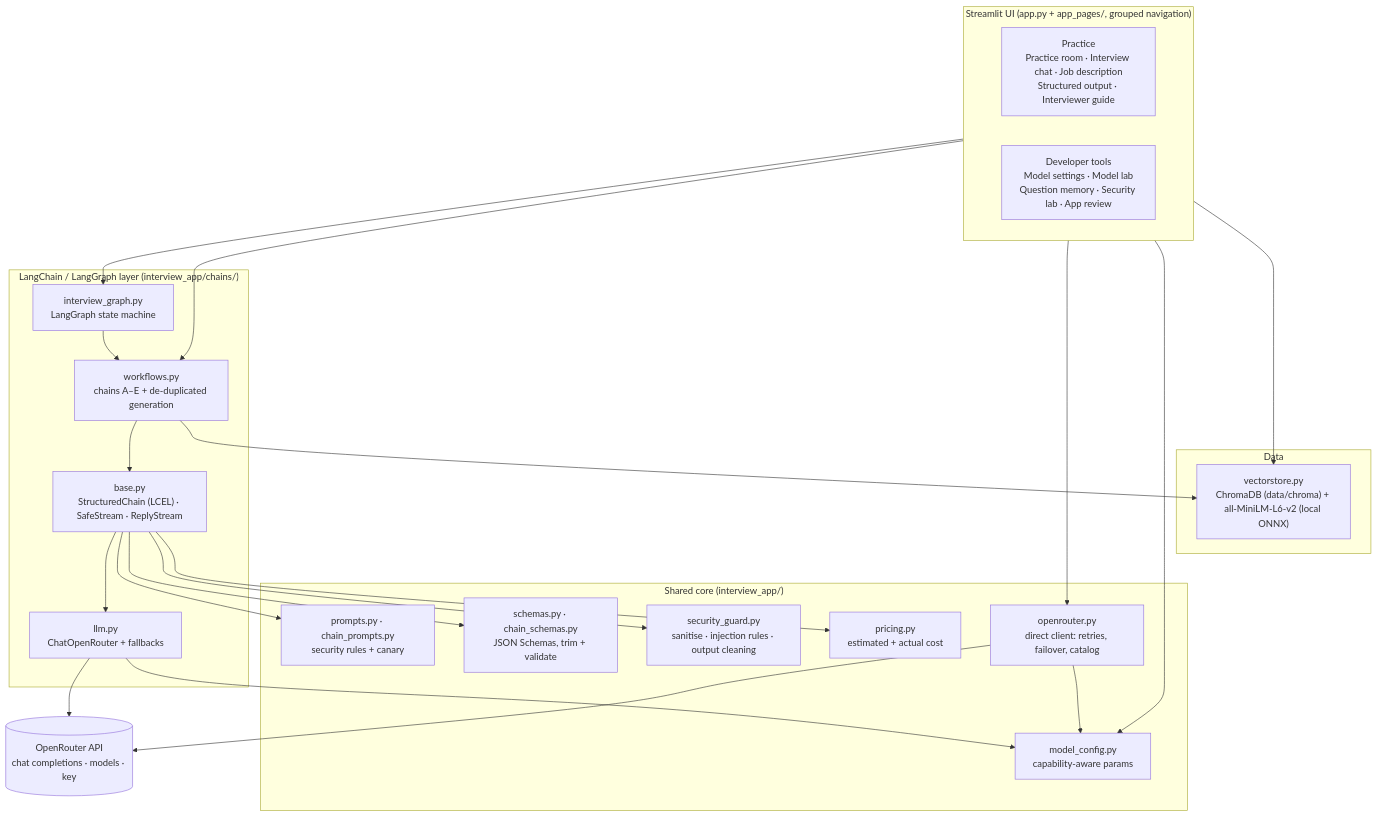
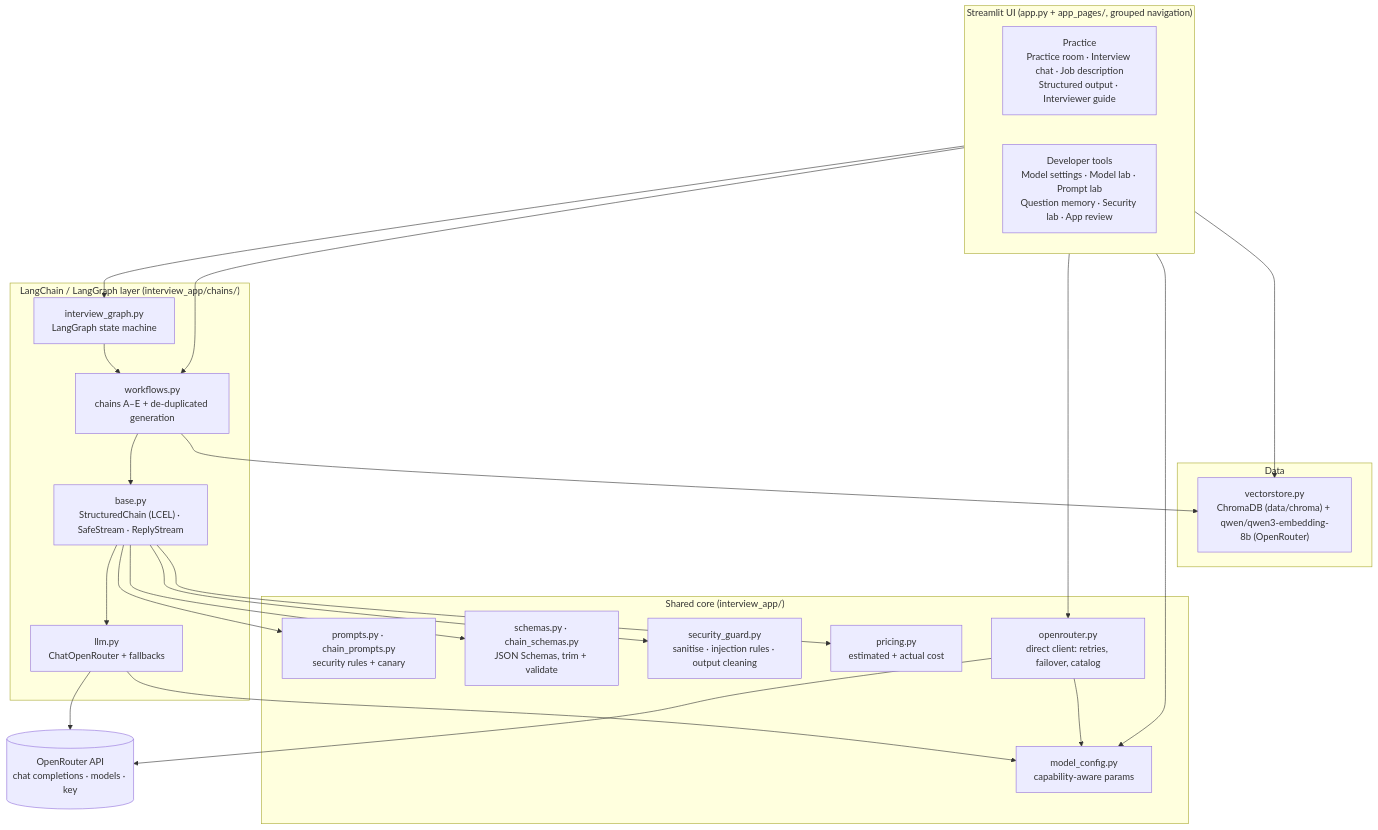
One commit to snehametkari1395/Interview-App changed the first of 3 diagrams in docs/ARCHITECTURE.md. Above: the diagram before and after it, drawn with Mermaid. The commit also changed other lines of this file and 36 other files, not shown here.

````diff
--- a/docs/ARCHITECTURE.md
+++ b/docs/ARCHITECTURE.md
@@ -7,45 +7,45 @@
 ```mermaid
 flowchart TB
     subgraph UI["Streamlit UI (app.py + app_pages/, grouped navigation)"]
         direction LR
         P["Practice<br/>Practice room · Interview chat · Job description<br/>Structured output · Interviewer guide"]
-        D["Developer tools<br/>Model settings · Model lab<br/>Question memory · Security lab · App review"]
+        D["Developer tools<br/>Model settings · Model lab · Prompt lab<br/>Question memory · Security lab · App review"]
     end
 
     subgraph LC["LangChain / LangGraph layer (interview_app/chains/)"]
         G["interview_graph.py<br/>LangGraph state machine"]
         W["workflows.py<br/>chains A–E + de-duplicated generation"]
         B["base.py<br/>StructuredChain (LCEL) · SafeStream · ReplyStream"]
         L["llm.py<br/>ChatOpenRouter + fallbacks"]
     end
 
     subgraph CORE["Shared core (interview_app/)"]
         PR["prompts.py · chain_prompts.py<br/>security rules + canary"]
         SC["schemas.py · chain_schemas.py<br/>JSON Schemas, trim + validate"]
         SG["security_guard.py<br/>sanitise · injection rules · output cleaning"]
         MC["model_config.py<br/>capability-aware params"]
         PRC["pricing.py<br/>estimated + actual cost"]
         OR["openrouter.py<br/>direct client: retries, failover, catalog"]
     end
 
     subgraph DATA["Data"]
-        VS["vectorstore.py<br/>ChromaDB (data/chroma) + all-MiniLM-L6-v2 (local ONNX)"]
+        VS["vectorstore.py<br/>ChromaDB (data/chroma) + qwen/qwen3-embedding-8b (OpenRouter)"]
     end
 
     API[("OpenRouter API<br/>chat completions · models · key")]
 
     P --> G
     P --> W
     P --> OR
     D --> MC
     D --> VS
     G --> W --> B --> L --> API
     W --> VS
     B --> PR
     B --> SC
     B --> SG
     B --> PRC
     L --> MC
     OR --> API
     OR --> MC
 ```
````
